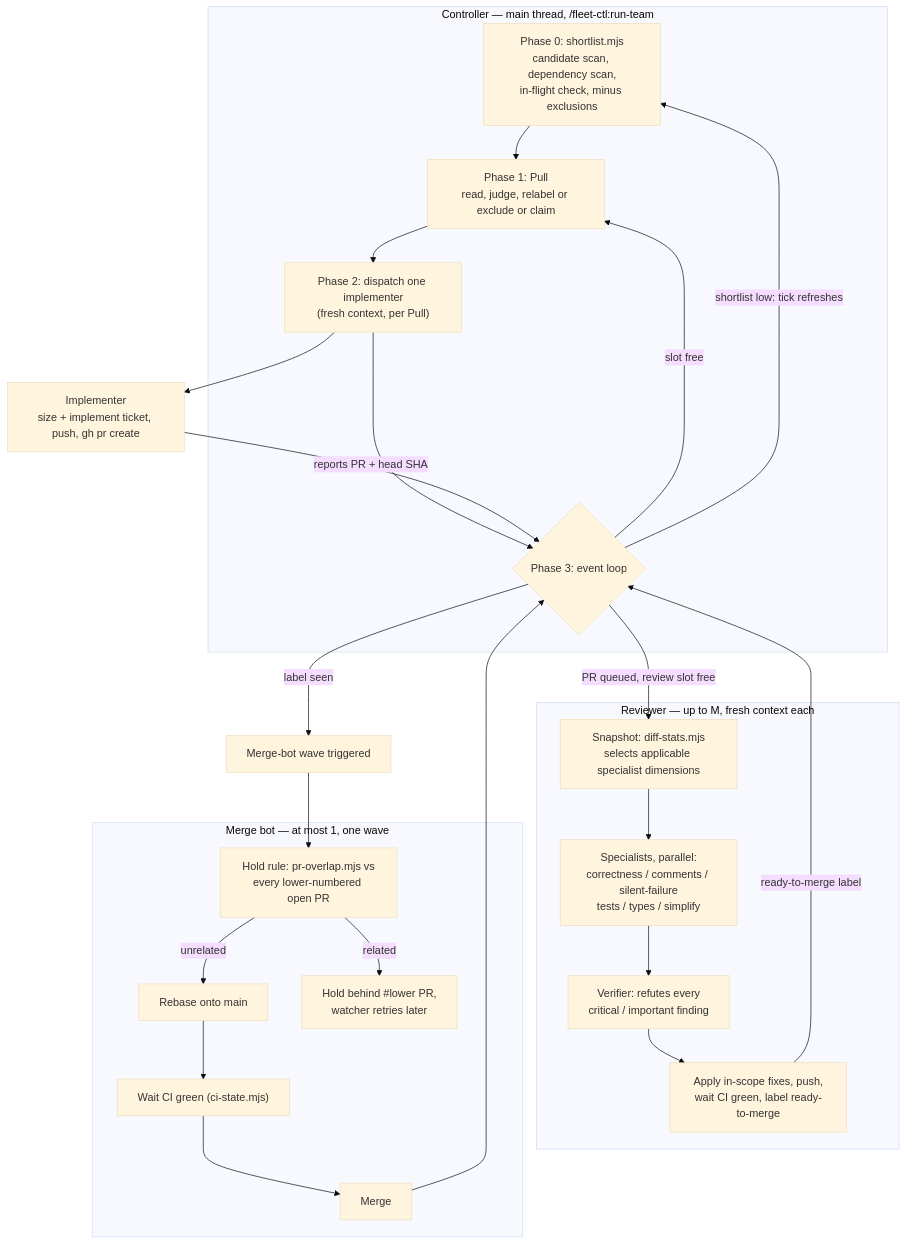
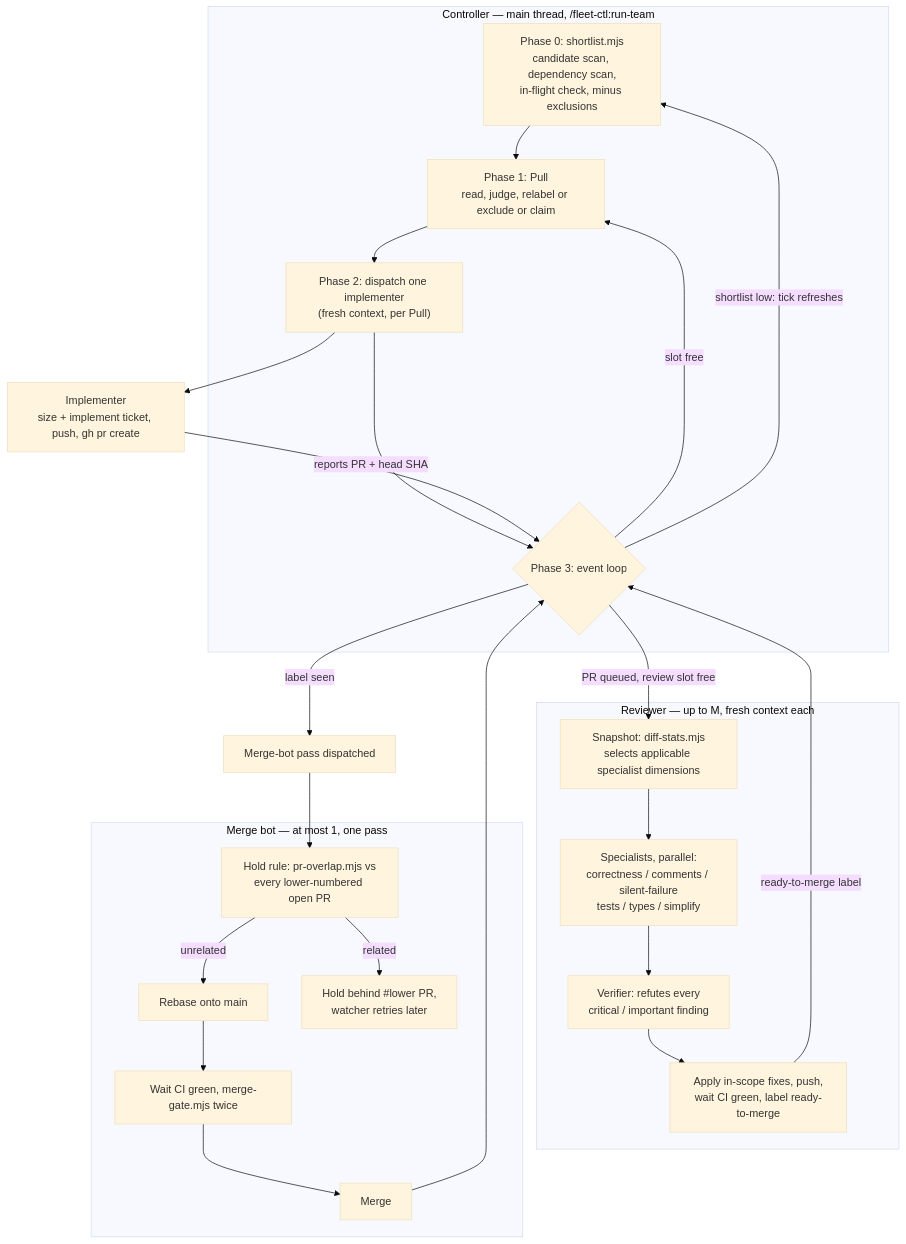
The diagram in README.md (feigi/fleet-plugin), drawn with Mermaid (base theme) before and after one commit. The commit also changed other lines of this file and 22 other files, not shown here.

First line of the commit message:
run-team: merge-side prose cutover — two-invocation merge gate, pass/grace, no "wave" (#1806)

````diff
--- a/README.md
+++ b/README.md
@@ -129,38 +131,38 @@
 ```mermaid
 flowchart TD
     subgraph CTL["Controller — main thread, /fleet-ctl:run-team"]
         P0["Phase 0: shortlist.mjs<br/>candidate scan, dependency scan,<br/>in-flight check, minus exclusions"]
         P1["Phase 1: Pull<br/>read, judge, relabel or exclude or claim"]
         P2["Phase 2: dispatch one implementer<br/>(fresh context, per Pull)"]
         P3{"Phase 3: event loop"}
         P0 --> P1 --> P2 --> P3
         P3 -->|"slot free"| P1
         P3 -->|"shortlist low: tick refreshes"| P0
     end
 
     P2 --> IMPL["Implementer<br/>size + implement ticket, push, gh pr create"]
     IMPL -->|"reports PR + head SHA"| P3
     P3 -->|"PR queued, review slot free"| REV
 
     subgraph REVFAN["Reviewer — up to M, fresh context each"]
         REV["Snapshot: diff-stats.mjs<br/>selects applicable specialist dimensions"]
         SPEC["Specialists, parallel:<br/>correctness / comments / silent-failure<br/>tests / types / simplify"]
         VERI["Verifier: refutes every<br/>critical / important finding"]
         FIX["Apply in-scope fixes, push,<br/>wait CI green, label ready-to-merge"]
         REV --> SPEC --> VERI --> FIX
     end
     FIX -->|"ready-to-merge label"| P3
-    P3 -->|"label seen"| MB["Merge-bot wave triggered"]
+    P3 -->|"label seen"| MB["Merge-bot pass dispatched"]
 
-    subgraph MERGEBOT["Merge bot — at most 1, one wave"]
+    subgraph MERGEBOT["Merge bot — at most 1, one pass"]
         HOLD["Hold rule: pr-overlap.mjs vs<br/>every lower-numbered open PR"]
         REBASE["Rebase onto main"]
-        GREEN["Wait CI green (ci-state.mjs)"]
+        GREEN["Wait CI green, merge-gate.mjs twice"]
         MERGE["Merge"]
         WAIT["Hold behind #lower PR,<br/>watcher retries later"]
         HOLD -->|"unrelated"| REBASE --> GREEN --> MERGE
         HOLD -->|"related"| WAIT
     end
     MB --> HOLD
     MERGE --> P3
 ```
````
